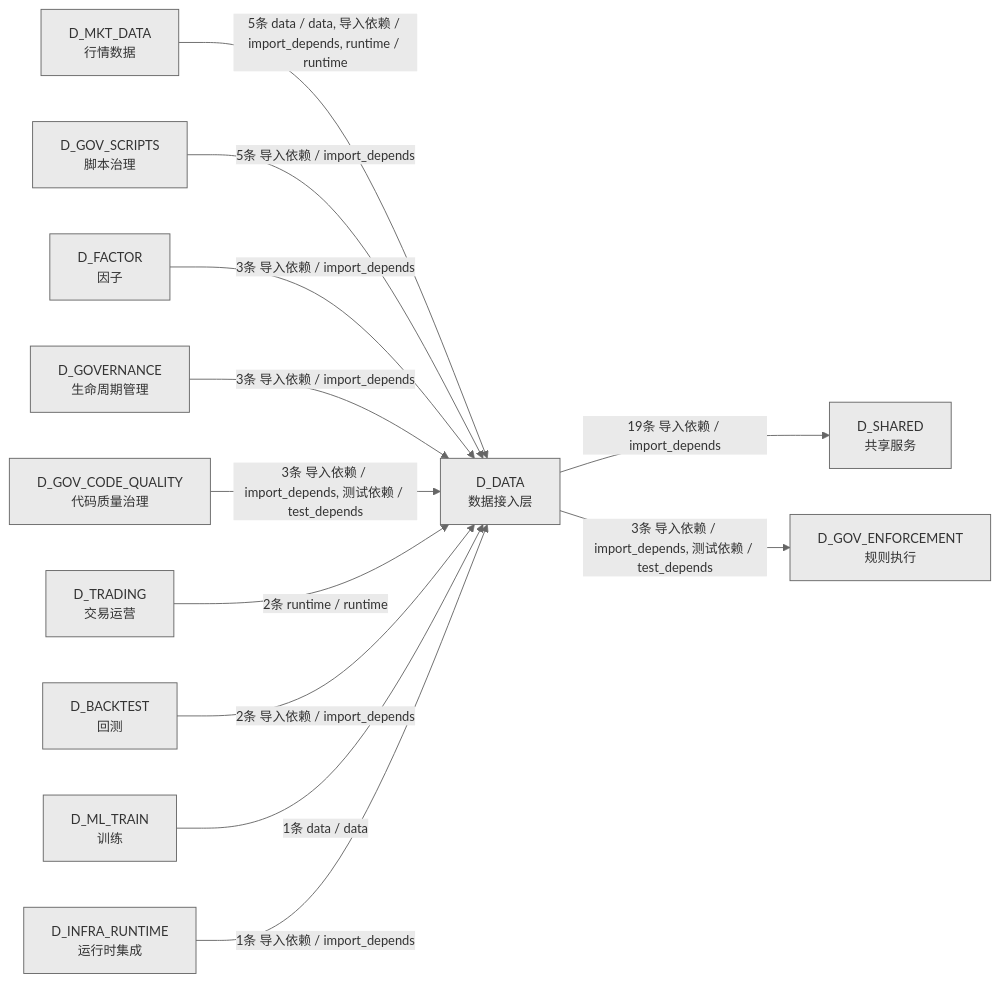
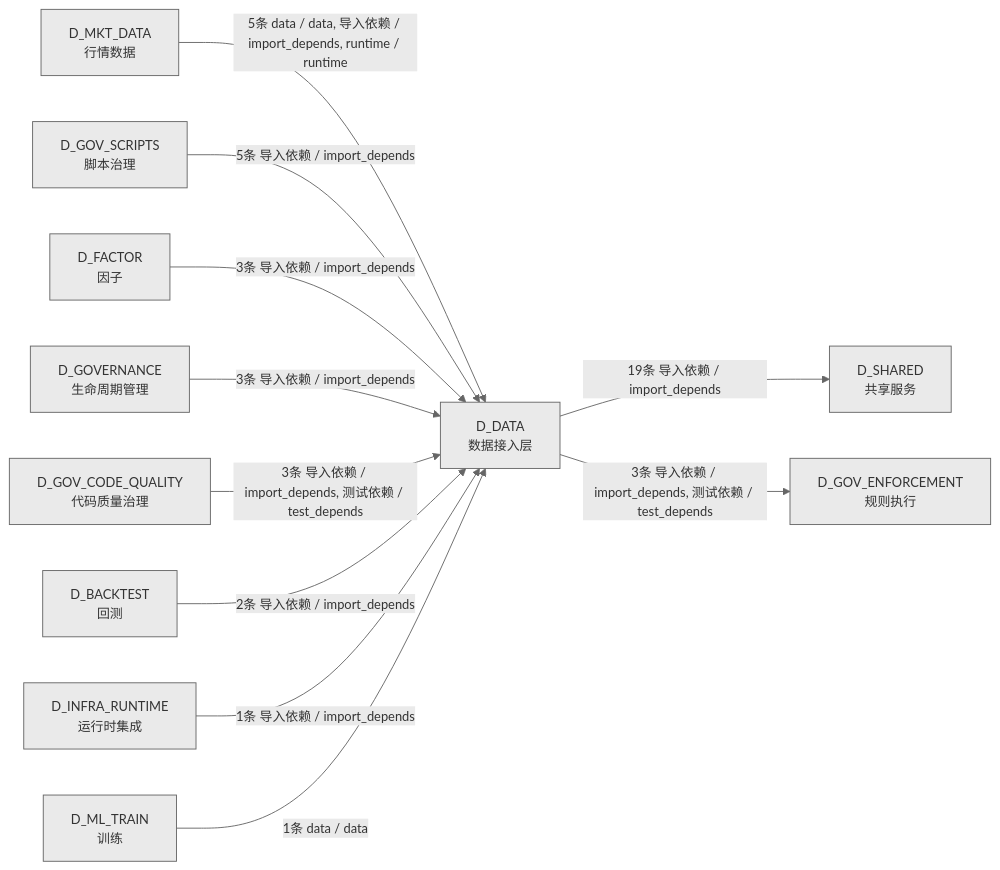
Before and after one commit to xuanFelixVan/ZephyrAlpha: the fourth of 4 diagrams in docs/02_enterprise_architecture/02_domain_architecture_docs/11_d_data.md, drawn with Mermaid. The commit also changed other lines of this file and 62 other files, not shown here.

````diff
--- a/docs/02_enterprise_architecture/02_domain_architecture_docs/11_d_data.md
+++ b/docs/02_enterprise_architecture/02_domain_architecture_docs/11_d_data.md
@@ -1375,27 +1368,25 @@
 ```mermaid
 %%{init: {'theme': 'base', 'themeVariables': {'primaryColor': '#eaeaea', 'primaryTextColor': '#333333', 'primaryBorderColor': '#666666', 'lineColor': '#666666', 'secondaryColor': '#eaeaea', 'tertiaryColor': '#eaeaea', 'fontSize': '14px'}}}%%
 graph LR
     D_DATA["D_DATA<br/>数据接入层"]
     D_SHARED["D_SHARED<br/>共享服务"]
     D_GOV_ENFORCEMENT["D_GOV_ENFORCEMENT<br/>规则执行"]
     D_MKT_DATA["D_MKT_DATA<br/>行情数据"]
     D_GOV_SCRIPTS["D_GOV_SCRIPTS<br/>脚本治理"]
     D_FACTOR["D_FACTOR<br/>因子"]
     D_GOVERNANCE["D_GOVERNANCE<br/>生命周期管理"]
     D_GOV_CODE_QUALITY["D_GOV_CODE_QUALITY<br/>代码质量治理"]
-    D_TRADING["D_TRADING<br/>交易运营"]
     D_BACKTEST["D_BACKTEST<br/>回测"]
+    D_INFRA_RUNTIME["D_INFRA_RUNTIME<br/>运行时集成"]
     D_ML_TRAIN["D_ML_TRAIN<br/>训练"]
-    D_INFRA_RUNTIME["D_INFRA_RUNTIME<br/>运行时集成"]
     D_DATA -->|19条 导入依赖 / import_depends| D_SHARED
     D_DATA -->|3条 导入依赖 / import_depends, 测试依赖 / test_depends| D_GOV_ENFORCEMENT
     D_MKT_DATA -->|5条 data / data, 导入依赖 / import_depends, runtime / runtime| D_DATA
     D_GOV_SCRIPTS -->|5条 导入依赖 / import_depends| D_DATA
     D_FACTOR -->|3条 导入依赖 / import_depends| D_DATA
     D_GOVERNANCE -->|3条 导入依赖 / import_depends| D_DATA
     D_GOV_CODE_QUALITY -->|3条 导入依赖 / import_depends, 测试依赖 / test_depends| D_DATA
-    D_TRADING -->|2条 runtime / runtime| D_DATA
     D_BACKTEST -->|2条 导入依赖 / import_depends| D_DATA
+    D_INFRA_RUNTIME -->|1条 导入依赖 / import_depends| D_DATA
     D_ML_TRAIN -->|1条 data / data| D_DATA
-    D_INFRA_RUNTIME -->|1条 导入依赖 / import_depends| D_DATA
 ```
````
